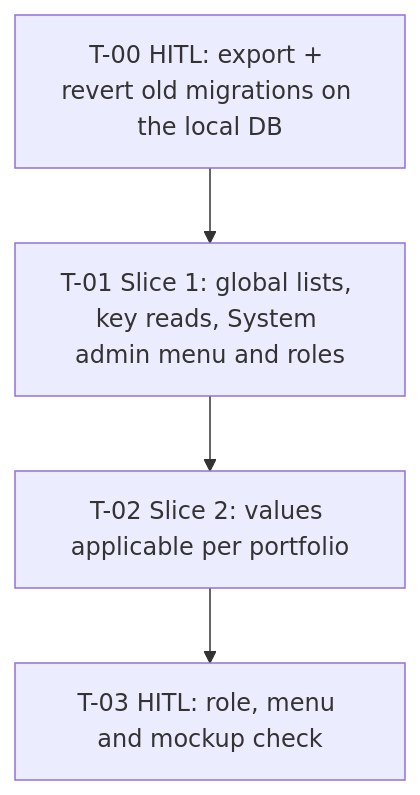
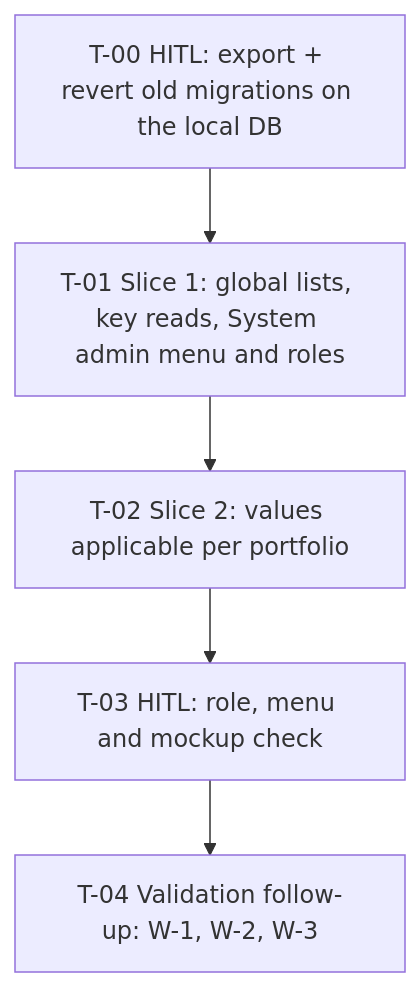
Before and after one commit to AllianceBioversityCIAT/alliance-research-indicators-main: the diagram in docs/specs/changes/control-lists-global-scope/tasks.md, drawn with Mermaid. The commit also changed other lines of this file and 1 other file, not shown here.

Commit message:
[SPEC:changes/control-lists-global-scope] docs(control-lists-global-scope): add T-04 validation follow-up (W-1..W-3, requester-approved)

````diff
--- a/docs/specs/changes/control-lists-global-scope/tasks.md
+++ b/docs/specs/changes/control-lists-global-scope/tasks.md
@@ -23,6 +23,7 @@
 ```mermaid
 graph TD
   T00[T-00 HITL: export + revert old migrations on the local DB] --> T01[T-01 Slice 1: global lists, key reads, System admin menu and roles]
   T01 --> T02[T-02 Slice 2: values applicable per portfolio]
   T02 --> T03[T-03 HITL: role, menu and mockup check]
+  T03 --> T04[T-04 Validation follow-up: W-1, W-2, W-3]
 ```
````
